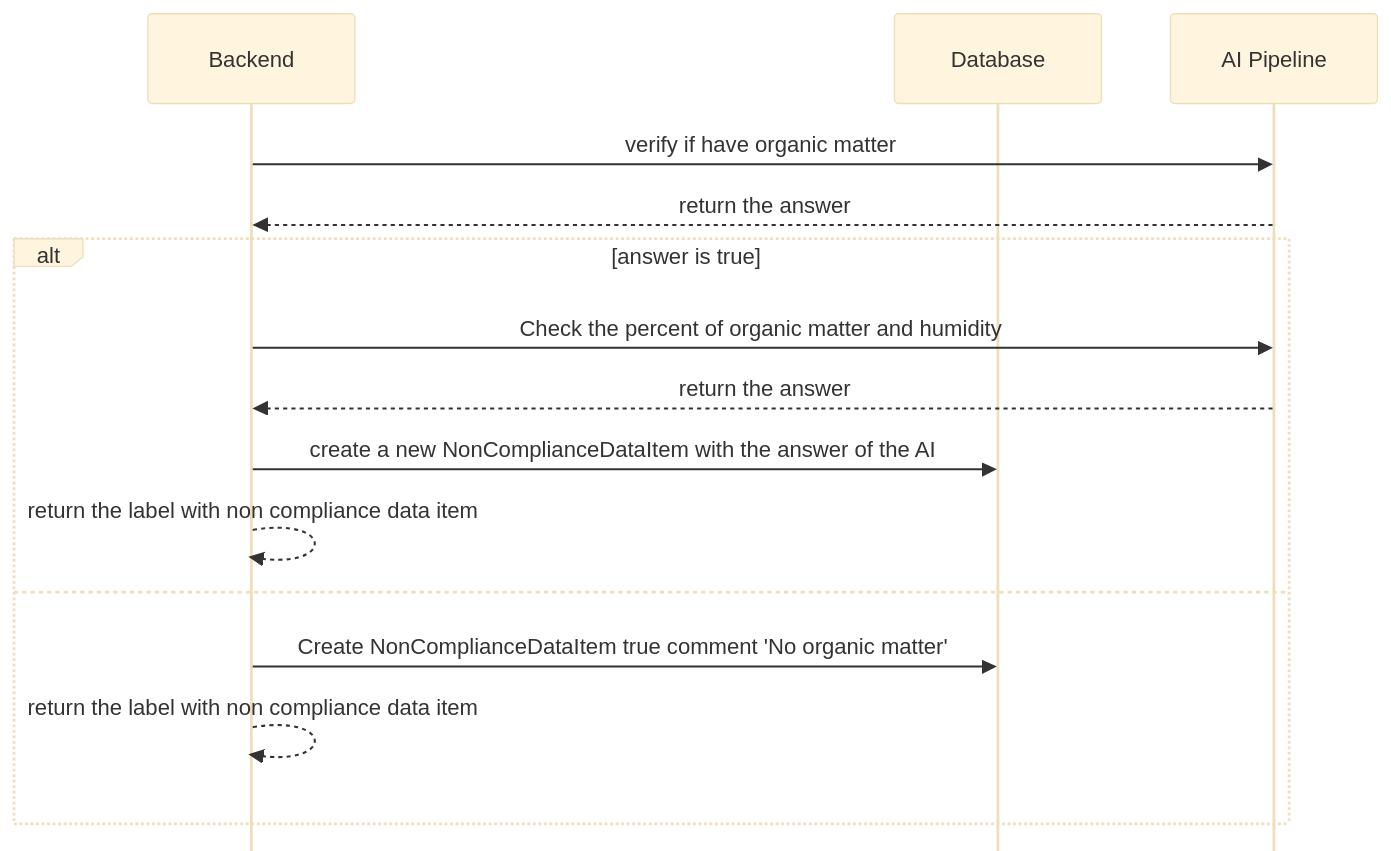
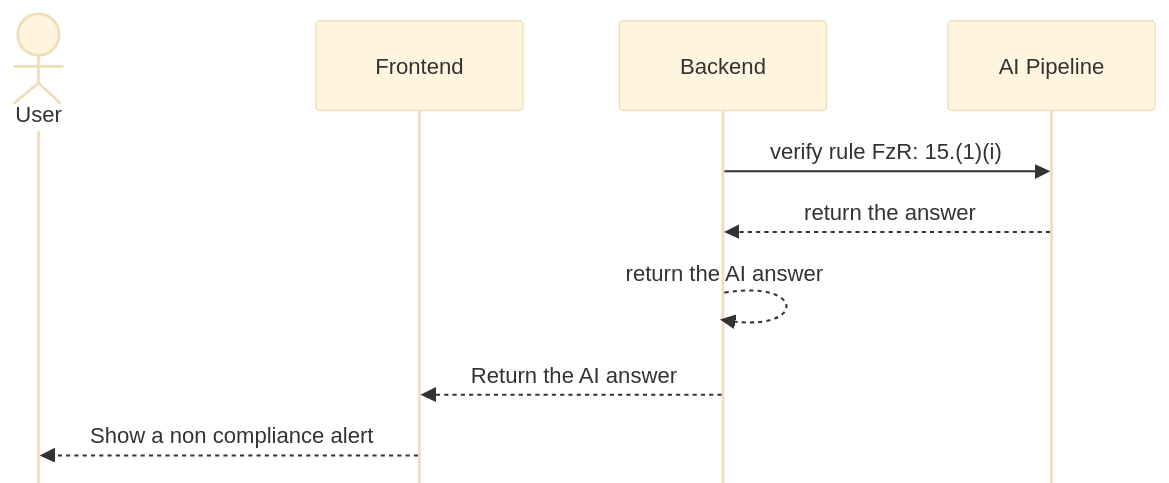
Before and after one commit to ai-cfia/fertiscan: the first of 2 diagrams in docs/compliance/verification/organic_matter/design.md, drawn with Mermaid (base theme). The commit also changed other lines of this file, not shown here.

Commit message:
add design for the prompt and the answer of AI

````diff
--- a/docs/compliance/verification/organic_matter/design.md
+++ b/docs/compliance/verification/organic_matter/design.md
@@ -3,29 +5,19 @@
 ```mermaid
 %%{init: { "sequence": { "mirrorActors": false } }}%%
 sequenceDiagram
+    actor us as User
+    participant fe as Frontend
     participant be as Backend
-    participant db as Database
     participant ai as AI Pipeline
-
-    be ->> ai: verify if have organic matter
-    ai -->> be: return the answer
-    alt  answer is true
-
-    be ->> ai: Check the percent of organic matter and humidity
-
-    ai -->> be: return the answer
-    be ->> db : create a new NonComplianceDataItem with the answer of the AI
-    be -->> be: return the label with non compliance data item
-
-    else
-
-    be ->> db: Create NonComplianceDataItem true comment 'No organic matter'
-
-    be -->> be: return the label with non compliance data item
-
-    end
 
 
 
+    be ->> ai: verify rule FzR: 15.(1)(i)
 
+    ai -->> be: return the answer
+
+    be -->> be : return the AI answer
+
+    be -->> fe : Return the AI answer
+    fe -->> us : Show a non compliance alert
 ```
````
